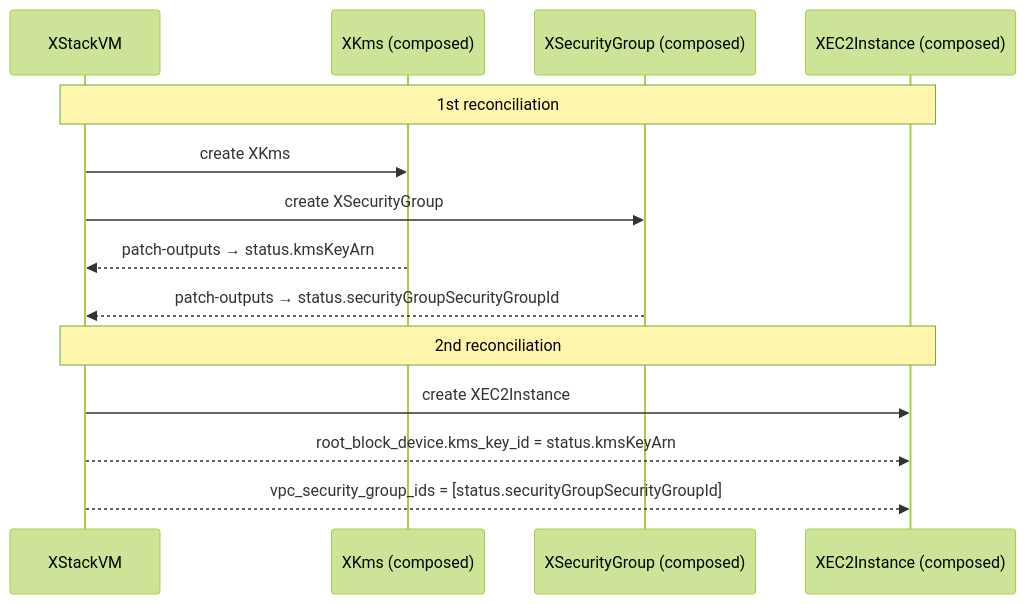
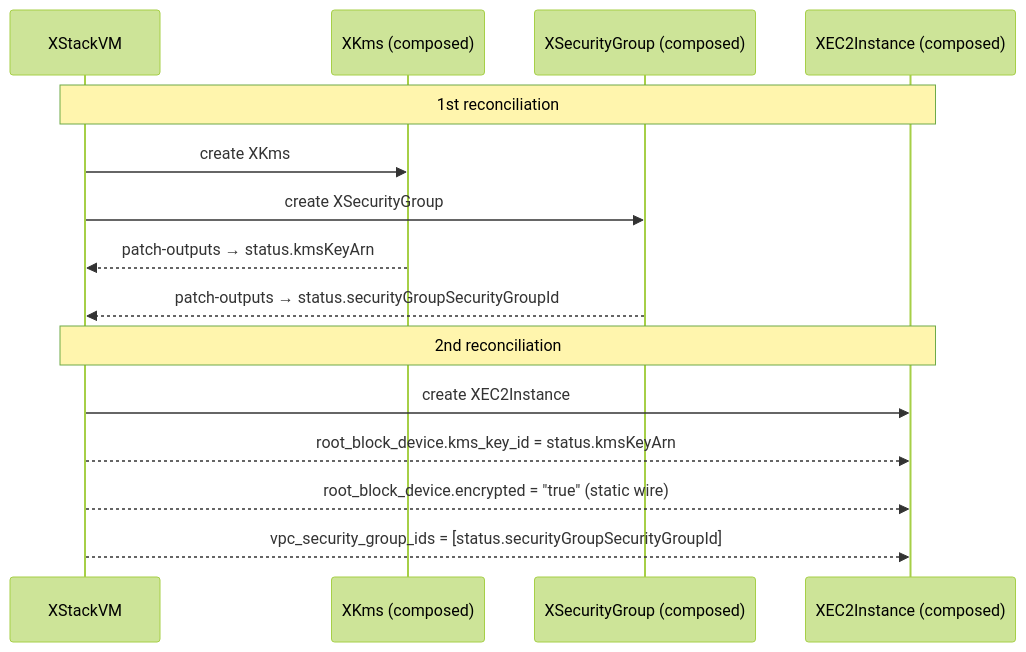
One commit to cdelgehier/tf2crossplane changed the diagram in examples/stackvm/README.md. Above: the diagram before and after it, drawn with Mermaid (forest theme). The commit also changed other lines of this file and 5 other files, not shown here.

Commit message:
fix(examples): add create_security_group=false wire, fix port strings, document static wires

````diff
--- a/examples/stackvm/README.md
+++ b/examples/stackvm/README.md
@@ -40,18 +41,19 @@
 ```mermaid
 sequenceDiagram
     participant XR as XStackVM
     participant KMS as XKms (composed)
     participant SG as XSecurityGroup (composed)
     participant EC2 as XEC2Instance (composed)
 
     Note over XR,EC2: 1st reconciliation
     XR->>KMS: create XKms
     XR->>SG: create XSecurityGroup
     KMS-->>XR: patch-outputs → status.kmsKeyArn
     SG-->>XR: patch-outputs → status.securityGroupSecurityGroupId
 
     Note over XR,EC2: 2nd reconciliation
     XR->>EC2: create XEC2Instance
     XR-->>EC2: root_block_device.kms_key_id = status.kmsKeyArn
+    XR-->>EC2: root_block_device.encrypted = "true" (static wire)
     XR-->>EC2: vpc_security_group_ids = [status.securityGroupSecurityGroupId]
 ```
````
